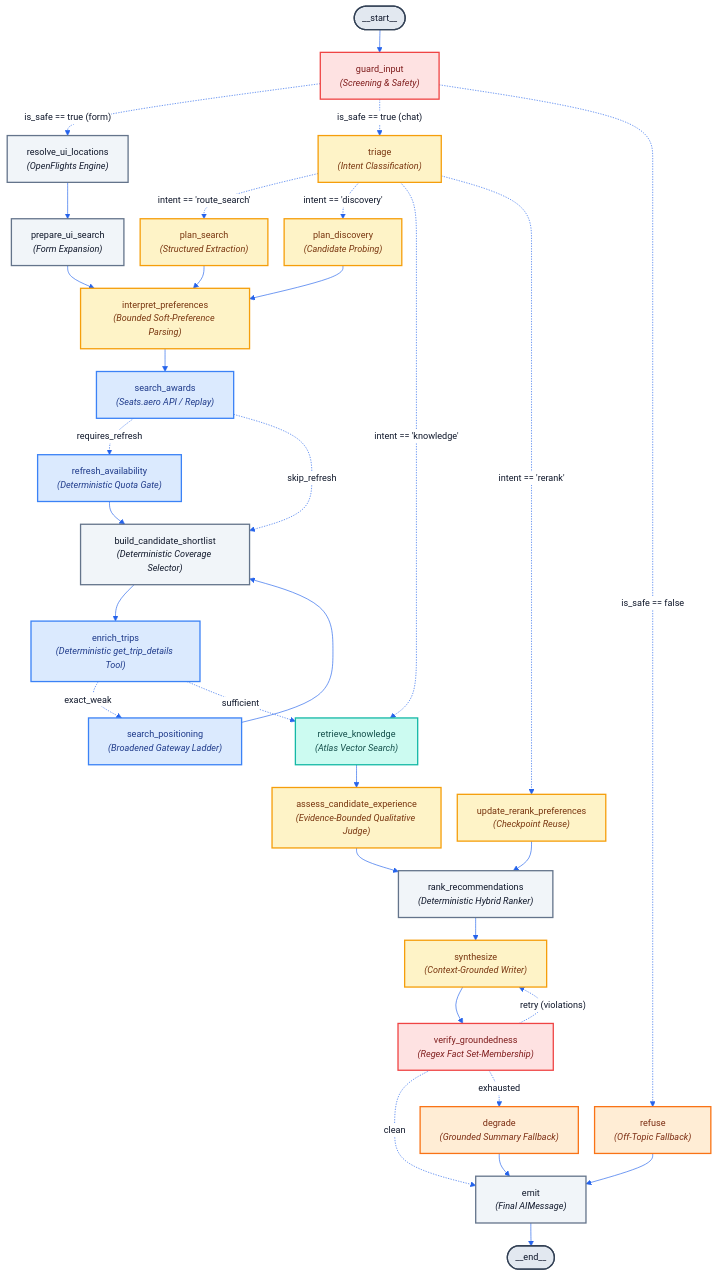
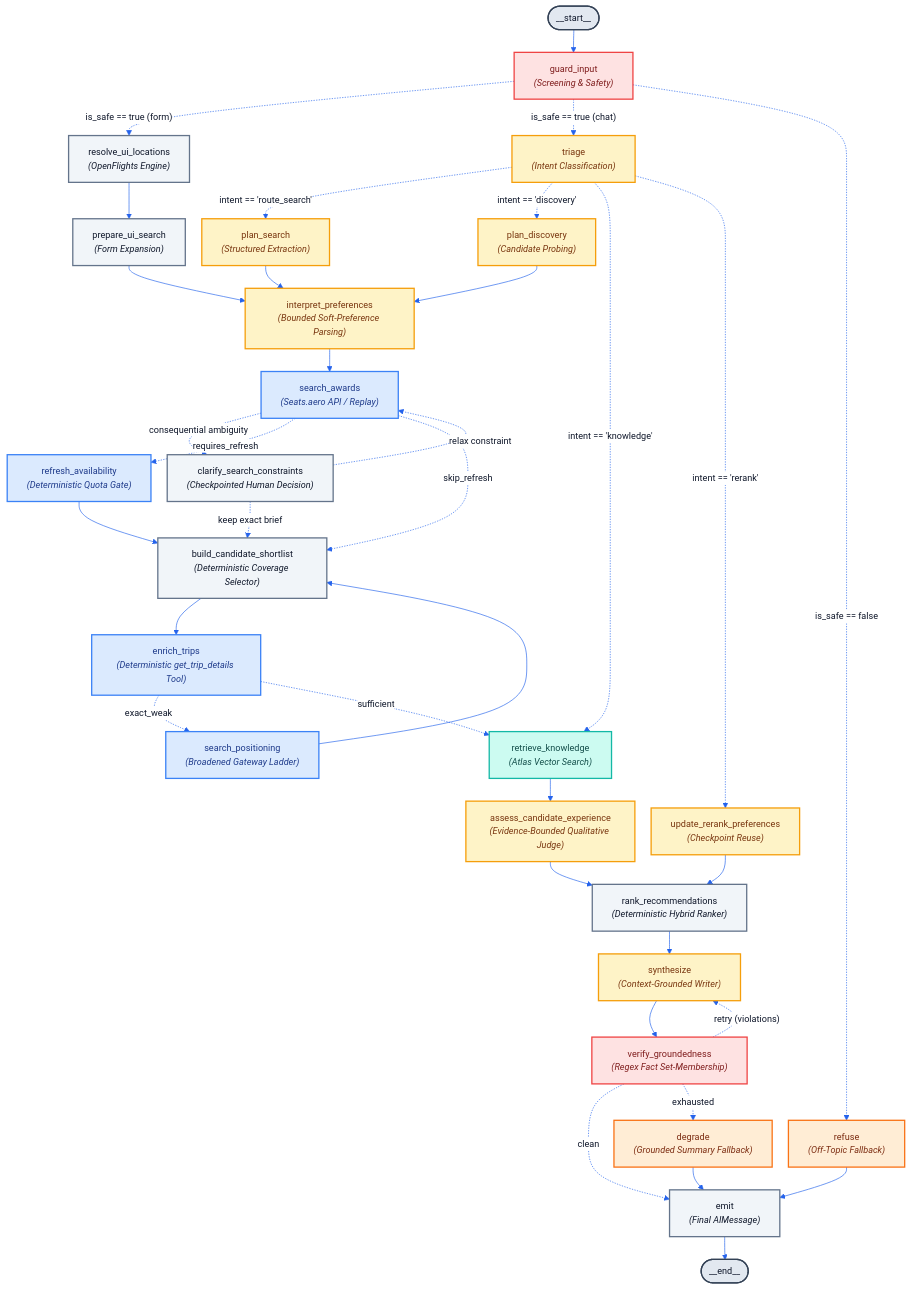
Before and after one commit to david-vest/award-travel-agent: the second of 3 diagrams in Architecture.md, drawn with Mermaid. The commit also changed other lines of this file and 26 other files, not shown here.

Commit message:
feat: implement agent clarification flow and user feedback collection system

```diff
--- a/Architecture.md
+++ b/Architecture.md
@@ -111,6 +111,7 @@
   Preferences["interpret_preferences<br/><i>(Bounded Soft-Preference Parsing)</i>"]:::llmNode
   
   Search["search_awards<br/><i>(Seats.aero API / Replay)</i>"]:::toolNode
+  Clarify["clarify_search_constraints<br/><i>(Checkpointed Human Decision)</i>"]:::detNode
   Refresh["refresh_availability<br/><i>(Deterministic Quota Gate)</i>"]:::toolNode
   Enrich["enrich_trips<br/><i>(Deterministic get_trip_details Tool)</i>"]:::toolNode
   Position["search_positioning<br/><i>(Broadened Gateway Ladder)</i>"]:::toolNode
@@ -146,6 +147,9 @@
   PlanDisc --> Preferences
   Preferences --> Search
   
+  Search -.->|"consequential ambiguity"| Clarify
+  Clarify -.->|"relax constraint"| Search
+  Clarify -.->|"keep exact brief"| Shortlist
   Search -.->|"requires_refresh"| Refresh
   Search -.->|"skip_refresh"| Shortlist
   Refresh --> Shortlist
```
